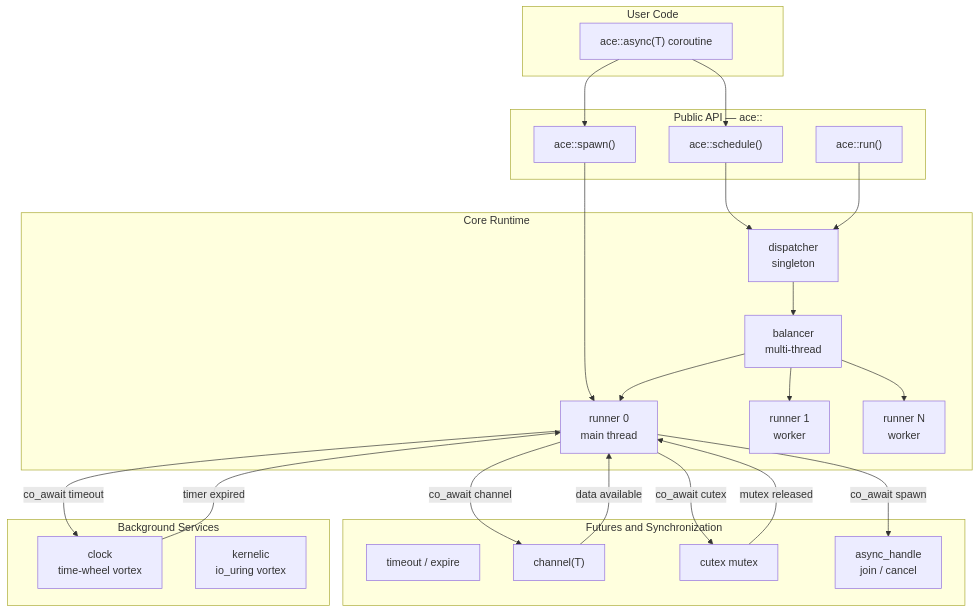
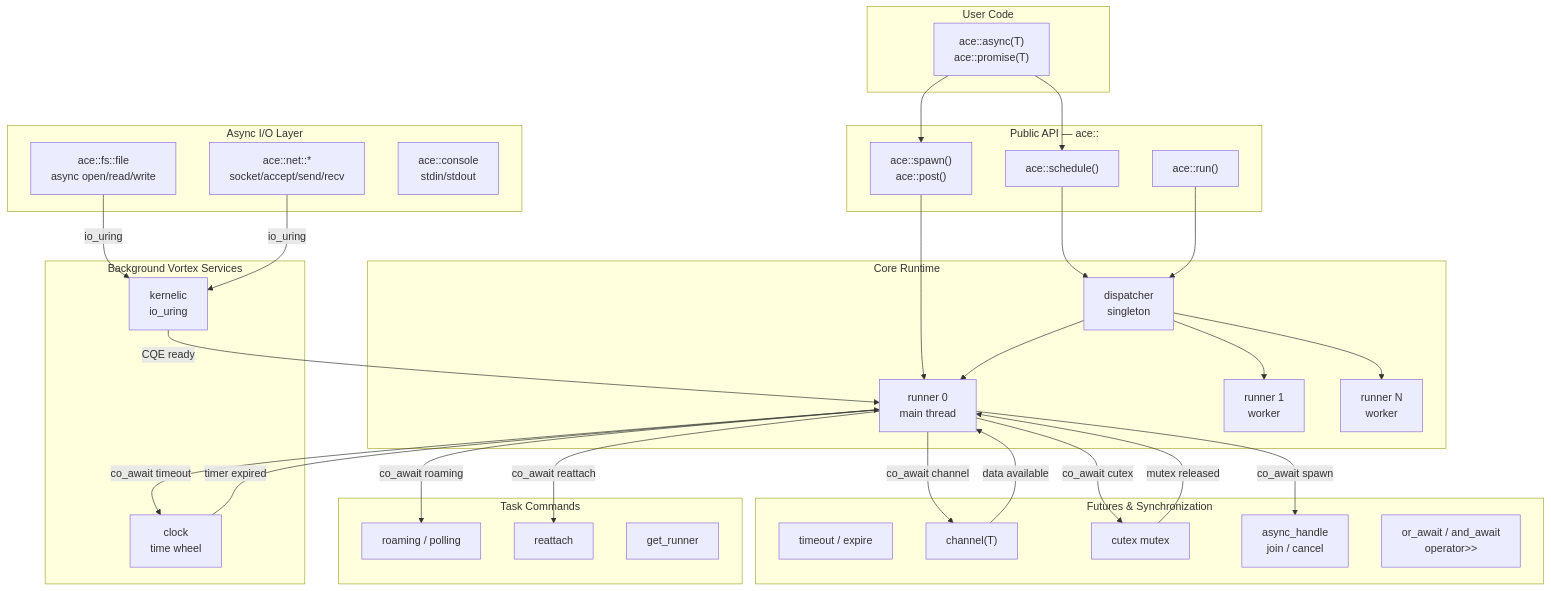
One commit to OnionSpirit/ace changed the first of 9 diagrams in README.md. Above: the diagram before and after it, drawn with Mermaid. The commit also changed other lines of this file, not shown here.

````diff
--- a/README.md
+++ b/README.md
@@ -56,49 +61,65 @@
 ```mermaid
 graph TB
     subgraph User["User Code"]
-        UC["ace::async(T) coroutine"]
+        UC["ace::async(T)\nace::promise(T)"]
     end
 
     subgraph API["Public API — ace::"]
         SCH["ace::schedule()"]
-        SPN["ace::spawn()"]
+        SPN["ace::spawn()\nace::post()"]
         RUN["ace::run()"]
     end
 
     subgraph Core["Core Runtime"]
         DSP["dispatcher\nsingleton"]
-        BAL["balancer\nmulti-thread"]
         R0["runner 0\nmain thread"]
         R1["runner 1\nworker"]
         RN["runner N\nworker"]
     end
 
-    subgraph Futures["Futures and Synchronization"]
+    subgraph Futures["Futures & Synchronization"]
         TO["timeout / expire"]
         CH["channel(T)"]
         CX["cutex mutex"]
         AH["async_handle\njoin / cancel"]
+        CO["or_await / and_await\noperator>>"]
     end
 
-    subgraph Services["Background Services"]
-        CLK["clock\ntime-wheel vortex"]
-        IO["kernelic\nio_uring vortex"]
+    subgraph Commands["Task Commands"]
+        RM["roaming / polling"]
+        RA["reattach"]
+        GR["get_runner"]
+    end
+
+    subgraph Services["Background Vortex Services"]
+        CLK["clock\ntime wheel"]
+        IO["kernelic\nio_uring"]
+    end
+
+    subgraph IO_Layer["Async I/O Layer"]
+        FS["ace::fs::file\nasync open/read/write"]
+        NET["ace::net::*\nsocket/accept/send/recv"]
+        CON["ace::console\nstdin/stdout"]
     end
 
     UC --> SCH
     UC --> SPN
     SCH --> DSP
     SPN --> R0
-    DSP --> BAL
-    BAL --> R0
-    BAL --> R1
-    BAL --> RN
+    DSP --> R0
+    DSP --> R1
+    DSP --> RN
     R0 -->|co_await timeout| CLK
     R0 -->|co_await channel| CH
     R0 -->|co_await cutex| CX
     R0 -->|co_await spawn| AH
+    R0 -->|co_await reattach| RA
+    R0 -->|co_await roaming| RM
     CLK -->|timer expired| R0
     CH -->|data available| R0
     CX -->|mutex released| R0
+    IO -->|CQE ready| R0
+    FS -->|io_uring| IO
+    NET -->|io_uring| IO
     RUN --> DSP
 ```
````
